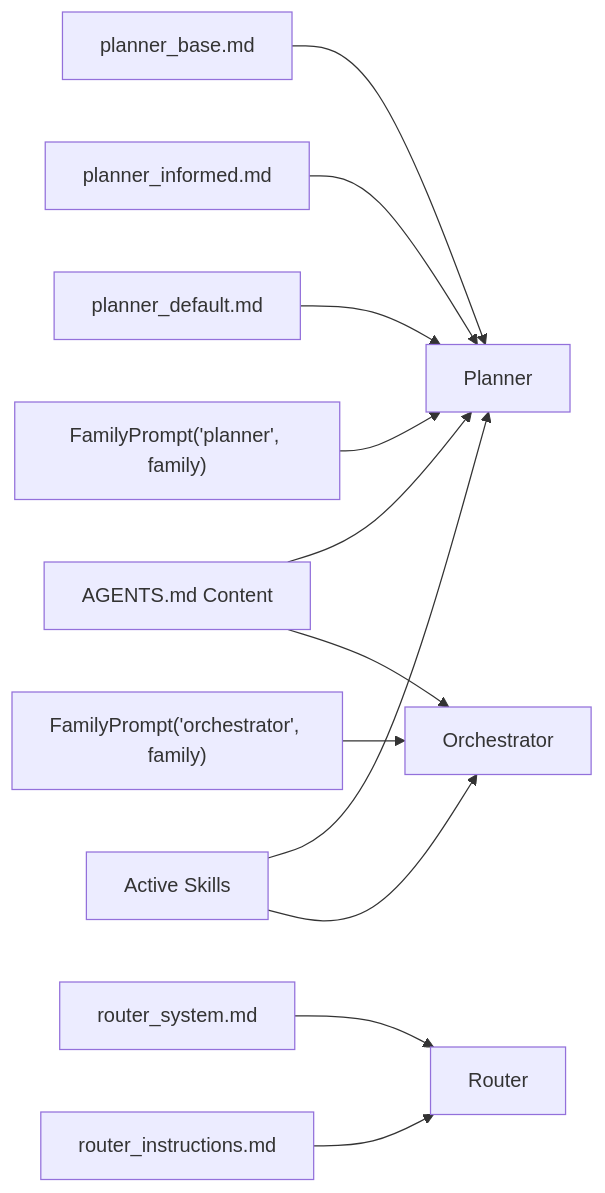
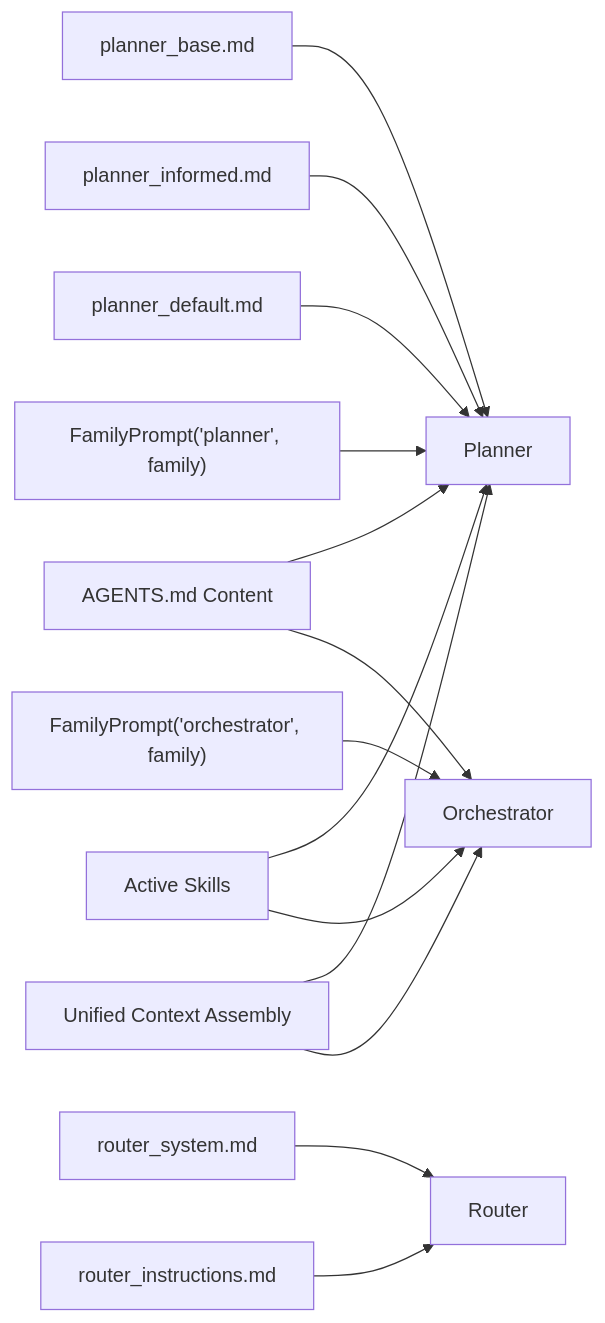
Before and after one commit to v0lka/c0wrk: the tenth of 14 diagrams in .qoder/repowiki/en/content/Core AI Engine/Planner System.md, drawn with Mermaid. The commit also changed other lines of this file and 35 other files, not shown here.

````diff
--- a/.qoder/repowiki/en/content/Core AI Engine/Planner System.md
+++ b/.qoder/repowiki/en/content/Core AI Engine/Planner System.md
@@ -361,14 +500,16 @@
 ```mermaid
 graph LR
 PB["planner_base.md"] --> Planner["Planner"]
 PI["planner_informed.md"] --> Planner
 PD["planner_default.md"] --> Planner
 RS["router_system.md"] --> Router["Router"]
 RI["router_instructions.md"] --> Router
 FP["FamilyPrompt('planner', family)"] --> Planner
 FR["FamilyPrompt('orchestrator', family)"] --> Orchestrator["Orchestrator"]
 AMD["AGENTS.md Content"] --> Planner
 AMD --> Orchestrator
 ActiveSkills["Active Skills"] --> Planner
 ActiveSkills --> Orchestrator
+UnifiedContext["Unified Context Assembly"] --> Planner
+UnifiedContext --> Orchestrator
 ```
````
